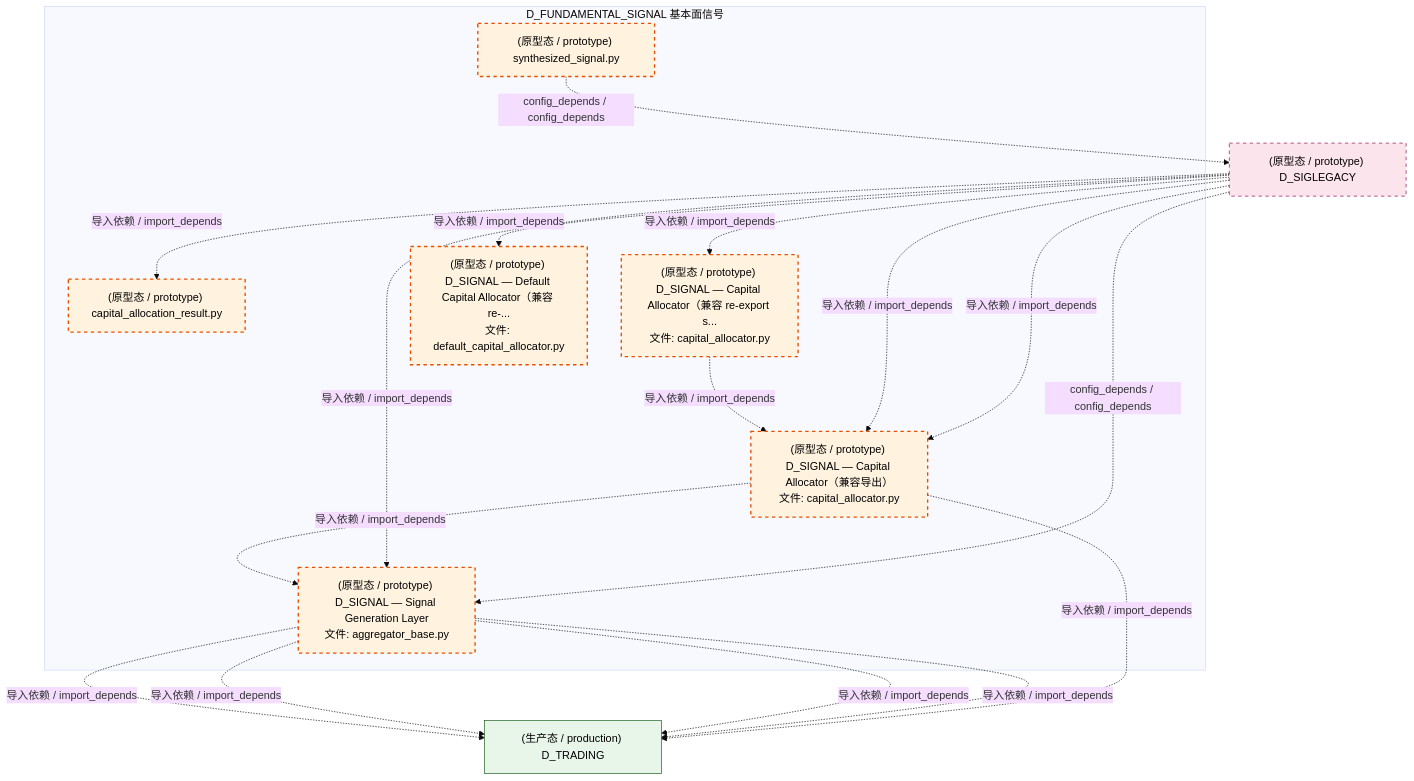
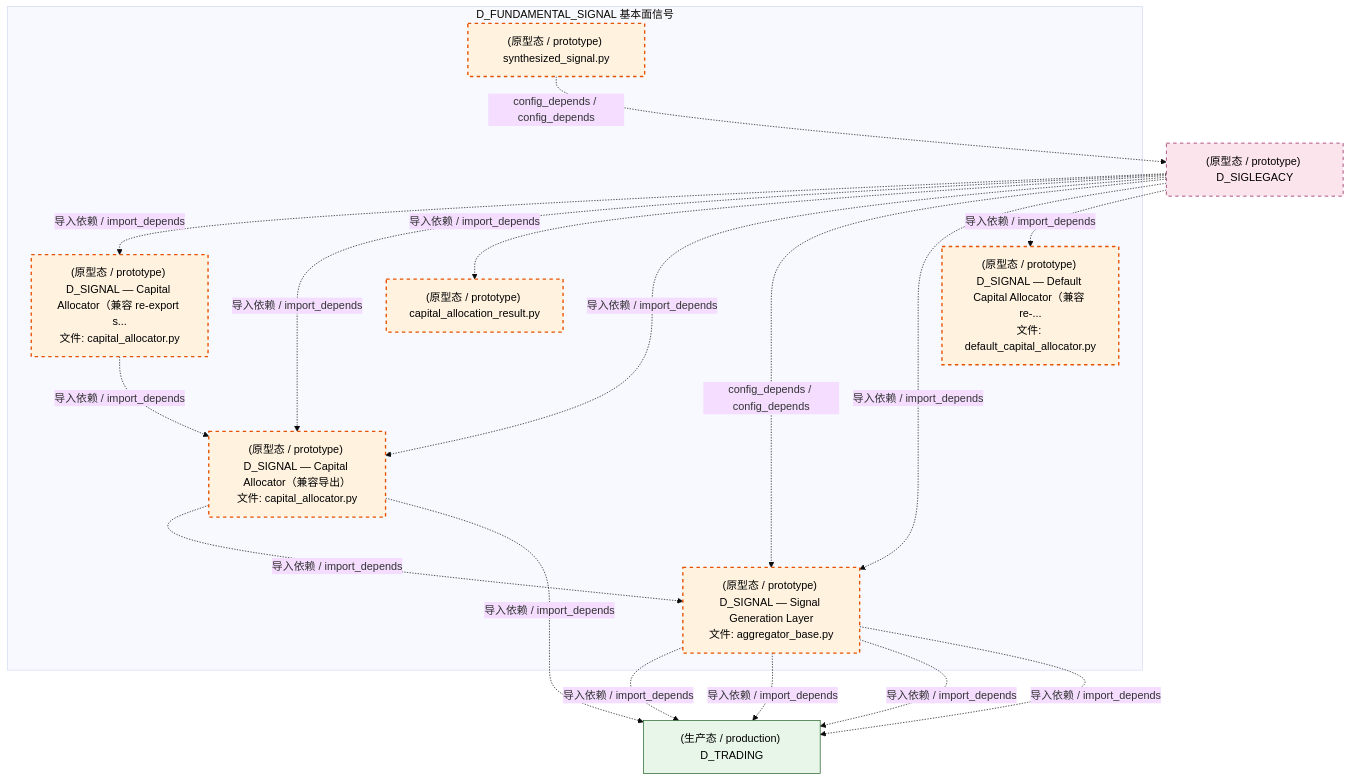
The third of 4 diagrams in docs/02_enterprise_architecture/02_domain_architecture_docs/37_d_fundamental_signal.md (xuanFelixVan/ZephyrAlpha), drawn with Mermaid (base theme) before and after one commit. The commit also changed other lines of this file and 126 other files, not shown here.

````diff
--- a/docs/02_enterprise_architecture/02_domain_architecture_docs/37_d_fundamental_signal.md
+++ b/docs/02_enterprise_architecture/02_domain_architecture_docs/37_d_fundamental_signal.md
@@ -177,35 +177,35 @@
 ```mermaid
 graph TD
     subgraph D_FUNDAMENTAL_SIGNAL["D_FUNDAMENTAL_SIGNAL 基本面信号"]
         src_zephyr_signal_fundamental_capital_capital_allocation_result_py["(原型态 / prototype) capital_allocation_result.py"]
         src_zephyr_signal_fundamental_capital_capital_allocator_py["(原型态 / prototype) D_SIGNAL — Capital Allocator（兼容 re-export s...<br/>文件: capital_allocator.py"]
         src_zephyr_signal_fundamental_capital_default_capital_allocator_py["(原型态 / prototype) D_SIGNAL — Default Capital Allocator（兼容 re-...<br/>文件: default_capital_allocator.py"]
         src_zephyr_signal_fundamental_combiner_synthesized_signal_py["(原型态 / prototype) synthesized_signal.py"]
         src_zephyr_signal_fundamental_gen_aggregator_base_py["(原型态 / prototype) D_SIGNAL — Signal Generation Layer<br/>文件: aggregator_base.py"]
         src_zephyr_signal_fundamental_strategy_capital_allocator_py["(原型态 / prototype) D_SIGNAL — Capital Allocator（兼容导出）<br/>文件: capital_allocator.py"]
     end
     src_zephyr_signal_fundamental_capital_capital_allocator_py -.->|导入依赖 / import_depends| src_zephyr_signal_fundamental_strategy_capital_allocator_py
     src_zephyr_signal_fundamental_strategy_capital_allocator_py -.->|导入依赖 / import_depends| src_zephyr_signal_fundamental_gen_aggregator_base_py
     D_SIGLEGACY["(原型态 / prototype) D_SIGLEGACY"]
     src_zephyr_signal_fundamental_combiner_synthesized_signal_py -.->|config_depends / config_depends| D_SIGLEGACY
     D_TRADING["(生产态 / production) D_TRADING"]
     src_zephyr_signal_fundamental_gen_aggregator_base_py -.->|导入依赖 / import_depends| D_TRADING
     src_zephyr_signal_fundamental_gen_aggregator_base_py -.->|导入依赖 / import_depends| D_TRADING
     src_zephyr_signal_fundamental_gen_aggregator_base_py -.->|导入依赖 / import_depends| D_TRADING
     src_zephyr_signal_fundamental_gen_aggregator_base_py -.->|导入依赖 / import_depends| D_TRADING
     src_zephyr_signal_fundamental_strategy_capital_allocator_py -.->|导入依赖 / import_depends| D_TRADING
+    D_SIGLEGACY -.->|导入依赖 / import_depends| src_zephyr_signal_fundamental_capital_capital_allocator_py
+    D_SIGLEGACY -.->|导入依赖 / import_depends| src_zephyr_signal_fundamental_strategy_capital_allocator_py
     D_SIGLEGACY -.->|导入依赖 / import_depends| src_zephyr_signal_fundamental_capital_capital_allocation_result_py
-    D_SIGLEGACY -.->|导入依赖 / import_depends| src_zephyr_signal_fundamental_capital_capital_allocator_py
-    D_SIGLEGACY -.->|导入依赖 / import_depends| src_zephyr_signal_fundamental_capital_default_capital_allocator_py
-    D_SIGLEGACY -.->|导入依赖 / import_depends| src_zephyr_signal_fundamental_gen_aggregator_base_py
-    D_SIGLEGACY -.->|导入依赖 / import_depends| src_zephyr_signal_fundamental_strategy_capital_allocator_py
     D_SIGLEGACY -.->|导入依赖 / import_depends| src_zephyr_signal_fundamental_strategy_capital_allocator_py
     D_SIGLEGACY -.->|config_depends / config_depends| src_zephyr_signal_fundamental_gen_aggregator_base_py
+    D_SIGLEGACY -.->|导入依赖 / import_depends| src_zephyr_signal_fundamental_gen_aggregator_base_py
+    D_SIGLEGACY -.->|导入依赖 / import_depends| src_zephyr_signal_fundamental_capital_default_capital_allocator_py
     classDef production fill:#e1f5fe,stroke:#01579b,stroke-width:2px,color:#000
     classDef design fill:#fff3e0,stroke:#e65100,stroke-width:2px,color:#000,stroke-dasharray: 5 5
     classDef external_prod fill:#e8f5e9,stroke:#1b5e20,stroke-width:1px,color:#000
     classDef external_design fill:#fce4ec,stroke:#880e4f,stroke-width:1px,color:#000,stroke-dasharray: 5 5
     class src_zephyr_signal_fundamental_capital_capital_allocation_result_py,src_zephyr_signal_fundamental_capital_capital_allocator_py,src_zephyr_signal_fundamental_capital_default_capital_allocator_py,src_zephyr_signal_fundamental_combiner_synthesized_signal_py,src_zephyr_signal_fundamental_gen_aggregator_base_py,src_zephyr_signal_fundamental_strategy_capital_allocator_py design
     class D_TRADING external_prod
     class D_SIGLEGACY external_design
 ```
````
